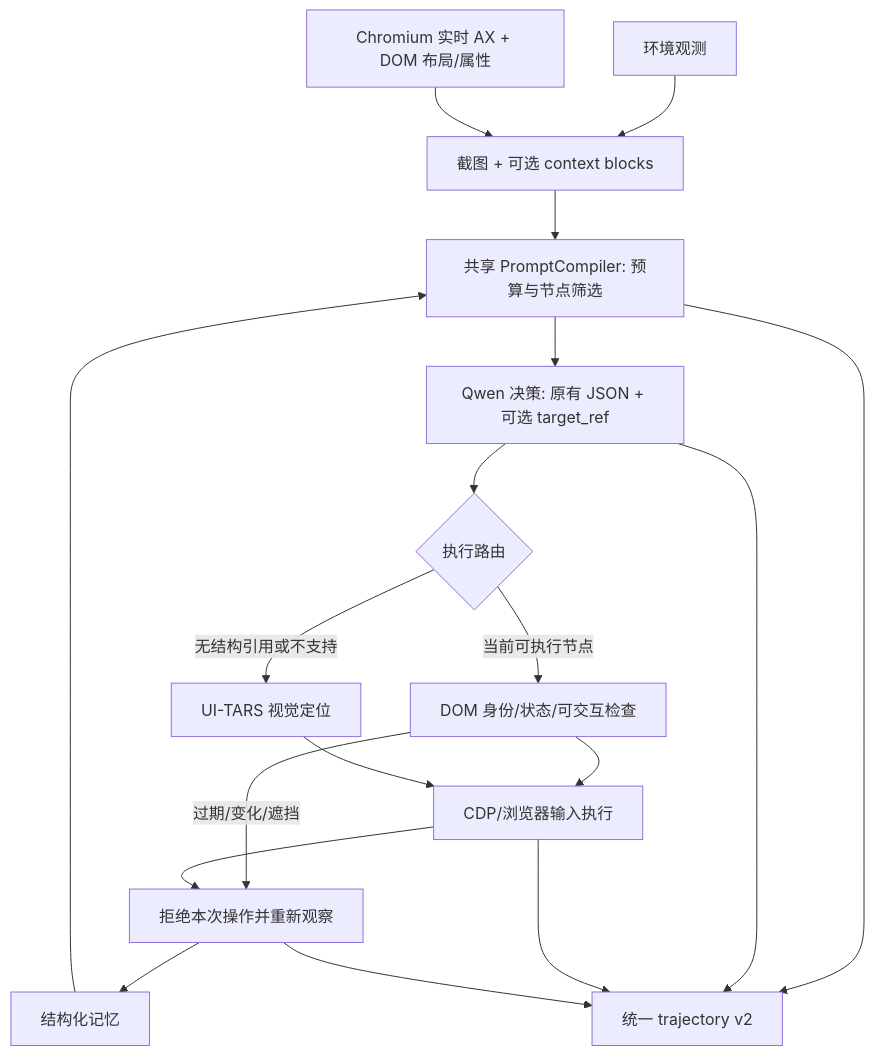
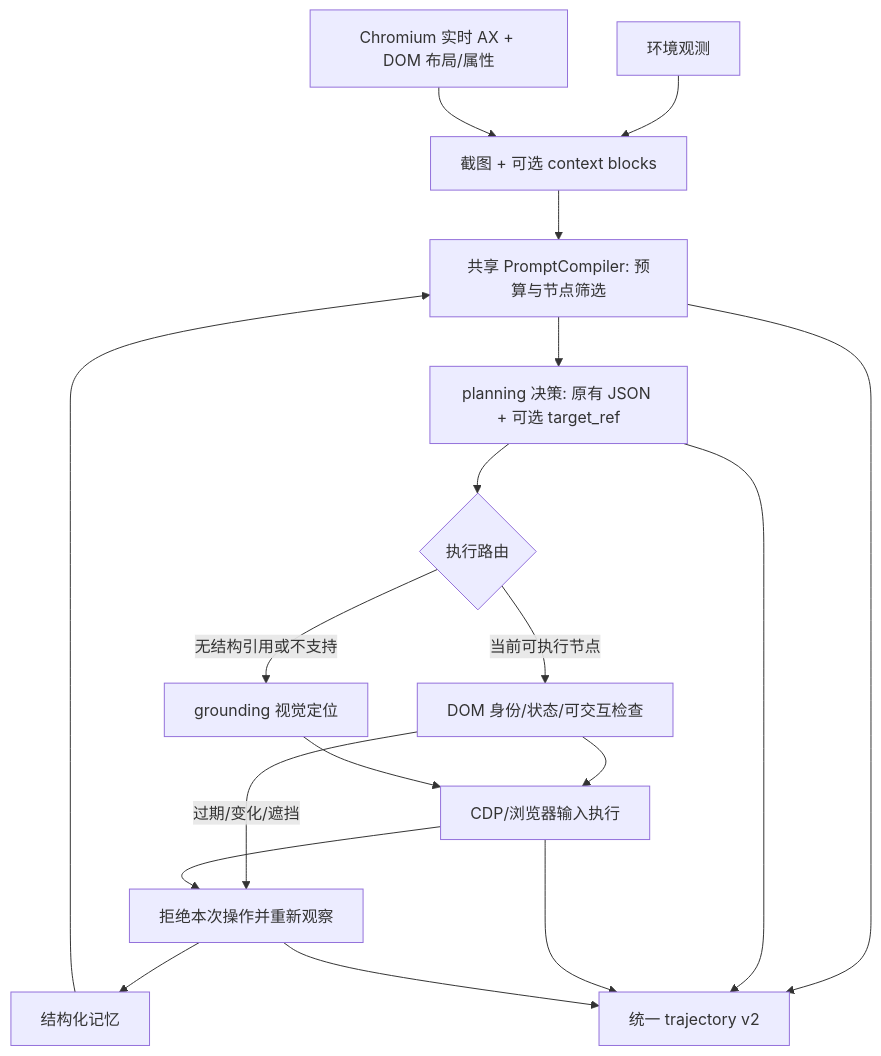
One commit to BAYMAXer/GUI_Agent changed the diagram in docs/浏览器混合架构与训练轨迹.md. Above: the diagram before and after it, drawn with Mermaid. The commit also changed other lines of this file and 58 other files, not shown here.

````diff
--- a/docs/浏览器混合架构与训练轨迹.md
+++ b/docs/浏览器混合架构与训练轨迹.md
@@ -21,20 +21,20 @@
 ```mermaid
 flowchart TD
     E[环境观测] --> S[截图 + 可选 context blocks]
     B[Chromium 实时 AX + DOM 布局/属性] --> S
     S --> C[共享 PromptCompiler: 预算与节点筛选]
     M[结构化记忆] --> C
-    C --> P[Qwen 决策: 原有 JSON + 可选 target_ref]
+    C --> P[planning 决策: 原有 JSON + 可选 target_ref]
     P --> R{执行路由}
     R -->|当前可执行节点| D[DOM 身份/状态/可交互检查]
     D --> X[CDP/浏览器输入执行]
-    R -->|无结构引用或不支持| G[UI-TARS 视觉定位]
+    R -->|无结构引用或不支持| G[grounding 视觉定位]
     G --> X
     D -->|过期/变化/遮挡| O[拒绝本次操作并重新观察]
     X --> O
     O --> M
     C --> T[统一 trajectory v2]
     P --> T
     X --> T
     O --> T
 ```
````
